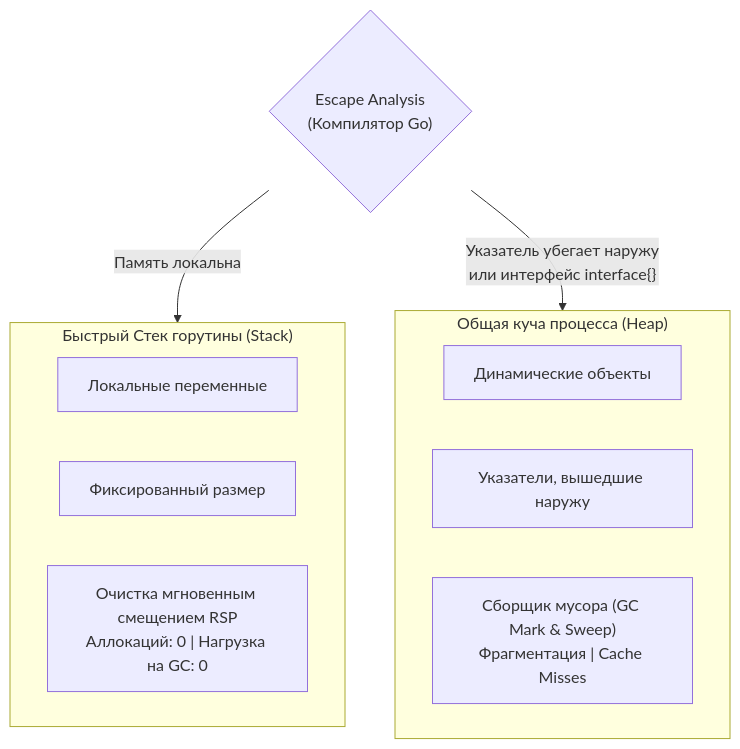
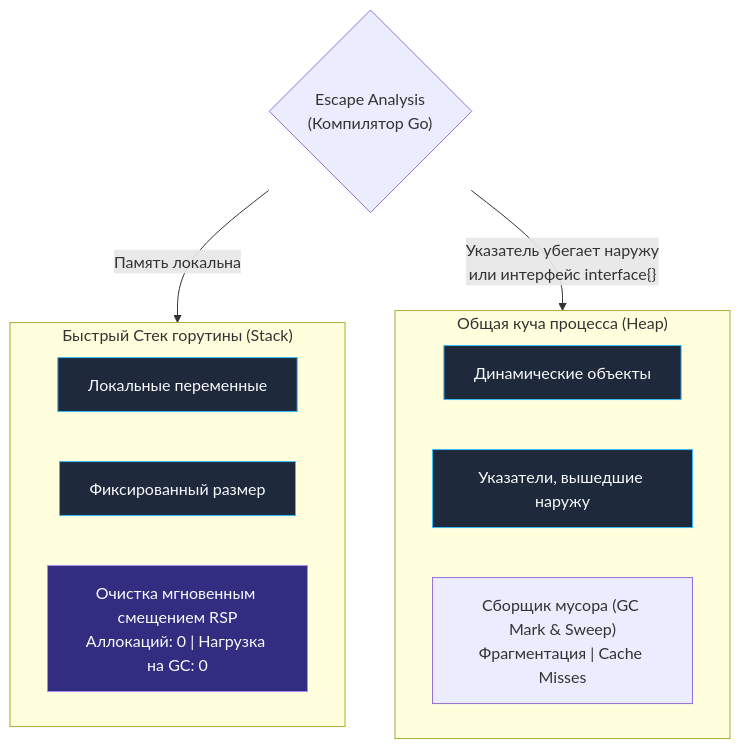
Before and after one commit to UnrealTemplier/go-textbook: the second of 5 diagrams in sources/10. Проектирование API и Сетевые протоколы/39. API performance.md, drawn with Mermaid. The commit also changed other lines of this file and 1666 other files, not shown here.

First line of the commit message:
feat(mermaid): add semantic color classDef to 1369 colorless flowchart/graph diagrams

````diff
--- a/sources/10. Проектирование API и Сетевые протоколы/39. API performance.md
+++ b/sources/10. Проектирование API и Сетевые протоколы/39. API performance.md
@@ -79,17 +89,27 @@
 ```mermaid
 flowchart TD
+    classDef process  fill:#1e293b,stroke:#38bdf8,stroke-width:1px,color:#f8fafc
+    classDef success  fill:#064e3b,stroke:#34d399,stroke-width:1px,color:#f8fafc
+    classDef error    fill:#7f1d1d,stroke:#f87171,stroke-width:1px,color:#f8fafc
+    classDef warning  fill:#78350f,stroke:#fbbf24,stroke-width:1px,color:#f8fafc
+    classDef entry    fill:#1e3a5f,stroke:#38bdf8,stroke-width:2px,color:#f8fafc
+    classDef aux      fill:#334155,stroke:#64748b,stroke-width:1px,color:#f8fafc
+    classDef system   fill:#312e81,stroke:#a78bfa,stroke-width:1px,color:#f8fafc
+    classDef data     fill:#132d29,stroke:#2dd4bf,stroke-width:1px,color:#f8fafc
+    classDef network  fill:#881337,stroke:#fb7185,stroke-width:1px,color:#f8fafc
+    classDef accent   fill:#1e1b4b,stroke:#818cf8,stroke-width:1px,color:#f8fafc
     subgraph Stack["Быстрый Стек горутины (Stack)"]
-        S1["Локальные переменные"]
-        S2["Фиксированный размер"]
-        S3["Очистка мгновенным смещением RSP\nАллокаций: 0 | Нагрузка на GC: 0"]
+        S1["Локальные переменные"]:::process
+        S2["Фиксированный размер"]:::process
+        S3["Очистка мгновенным смещением RSP\nАллокаций: 0 | Нагрузка на GC: 0"]:::system
     end
     
     subgraph Heap["Общая куча процесса (Heap)"]
-        H1["Динамические объекты"]
-        H2["Указатели, вышедшие наружу"]
+        H1["Динамические объекты"]:::process
+        H2["Указатели, вышедшие наружу"]:::process
         H3["Сборщик мусора (GC Mark & Sweep)\nФрагментация | Cache Misses"]
     end
     
     Escape{"Escape Analysis\n(Компилятор Go)"} -->|"Память локальна"| Stack
     Escape -->|"Указатель убегает наружу\nили интерфейс interface{}"| Heap
 ```
````
